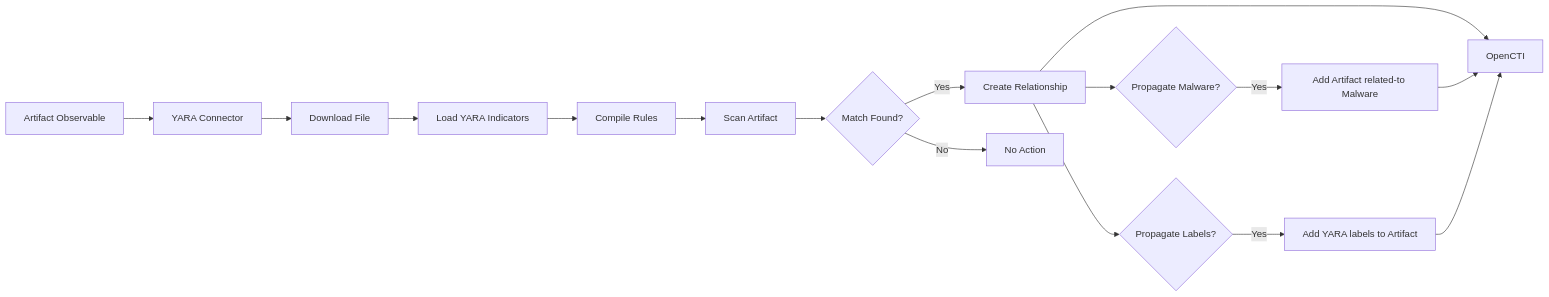
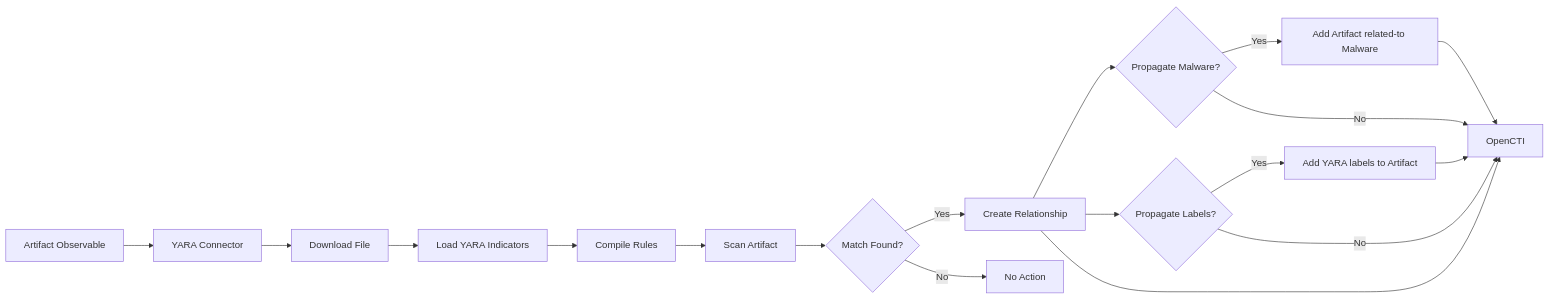
The diagram in internal-enrichment/yara/README.md (OpenCTI-Platform/connectors), drawn with Mermaid before and after one commit.

First paragraph of the commit message:
docs(yara): add explicit No branches to data-flow diagram
Addresses the outstanding Copilot review thread on `2dfd8df6f2`
(``internal-enrichment/yara/README.md`` lines 144-145).

````diff
--- a/internal-enrichment/yara/README.md
+++ b/internal-enrichment/yara/README.md
@@ -131,18 +131,20 @@
 ```mermaid
 flowchart LR
     A[Artifact Observable] --> B[YARA Connector]
     B --> C[Download File]
     C --> D[Load YARA Indicators]
     D --> E[Compile Rules]
     E --> F[Scan Artifact]
     F --> G{Match Found?}
     G -->|Yes| H[Create Relationship]
     G -->|No| I[No Action]
     H --> J{Propagate Malware?}
     H --> K{Propagate Labels?}
     J -->|Yes| L[Add Artifact related-to Malware]
+    J -->|No| N[OpenCTI]
     K -->|Yes| M[Add YARA labels to Artifact]
-    H --> N[OpenCTI]
+    K -->|No| N
+    H --> N
     L --> N
     M --> N
 ```
````
